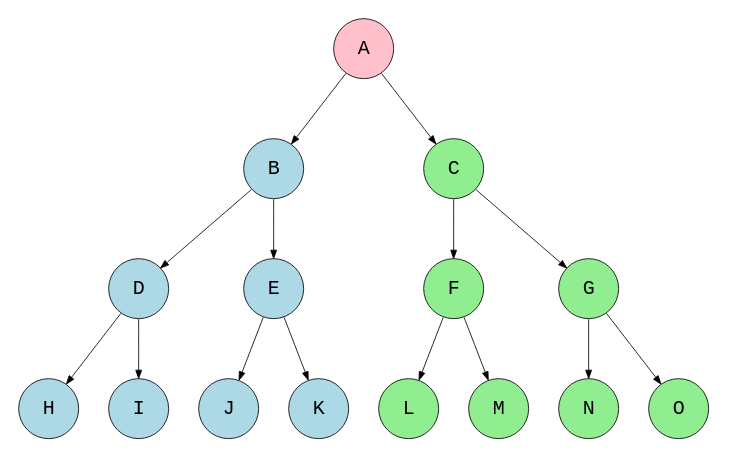
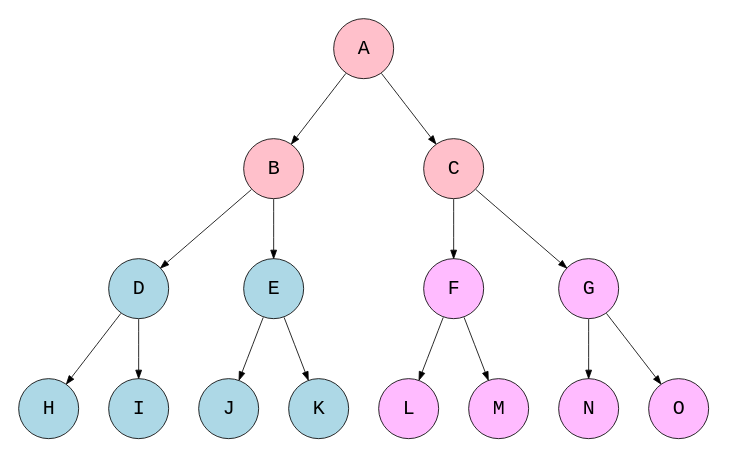
One commit to jfarmer/teaching-misc changed the diagram in graphs/binary-tree.dot. Above: the diagram before and after it, drawn with Graphviz. The commit also changed 4 other files, not shown here.

Commit message:
Add layout directive to all graphs + clean up NPM graph

```diff
--- a/graphs/binary-tree.dot
+++ b/graphs/binary-tree.dot
@@ -1,31 +1,35 @@
 digraph BinaryTree {
   node [shape=circle, style=filled, fillcolor=pink, fontcolor=black, fontsize=12, width=0.5, height=0.5, fontname="Courier", penwidth=0.5];
   edge [len=2.0, penwidth=0.5, arrowsize=0.5, minlen=1];
 
-  subgraph {
+  layout="dot" // try "dot", "neato", "fdp", "circo", "twopi"
+
+  // edge [dir=none] // Make graph undirected
+
+  subgraph root_node {
+    // node[style=invis];
+    // edge[style=invis];
+    A -> B;
+    A -> C;
+  }
+
+  subgraph left_subtree {
     node [fillcolor=lightblue];
     B -> D;
     B -> E;
     D -> H;
     D -> I;
     E -> J;
     E -> K;
   }
 
-  subgraph {
-    node[fillcolor=lightgreen]
+  subgraph right_subtree {
+    node[fillcolor=plum1]
     C -> F;
     C -> G;
     F -> L;
     F -> M;
     G -> N;
     G -> O;
   }
-
-  subgraph {
-    # node[style=invis];
-    # edge[style=invis];
-    A -> B;
-    A -> C;
-  }
 }
```
